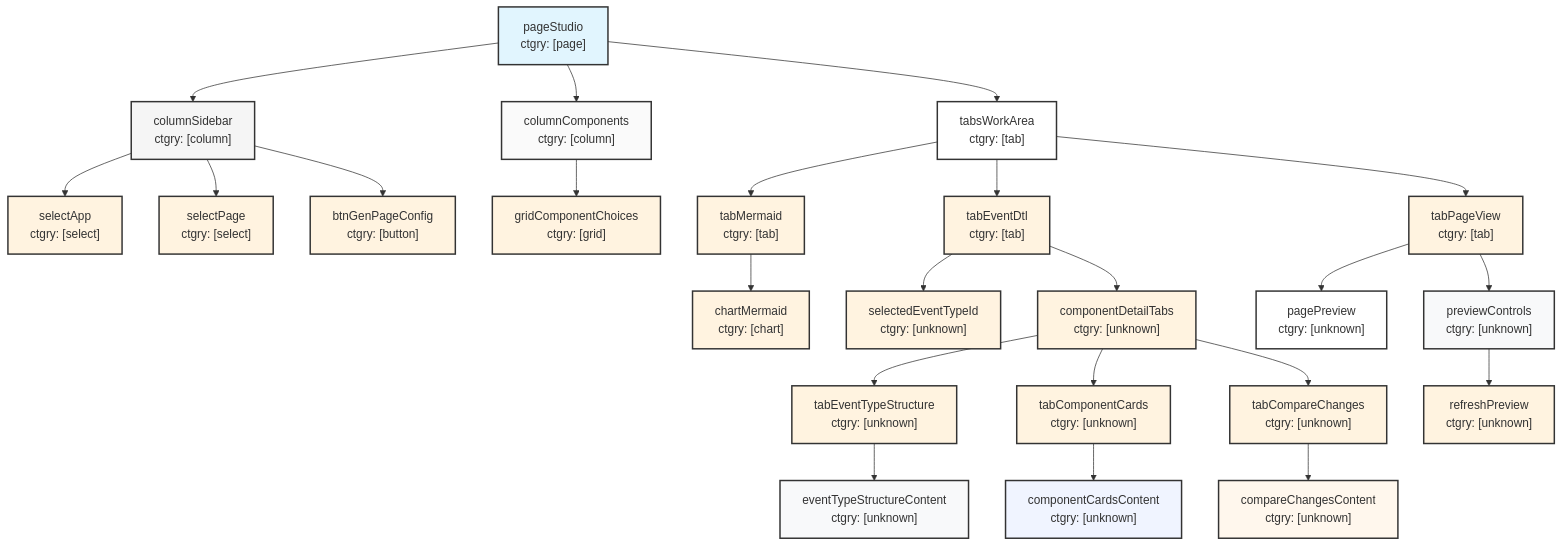
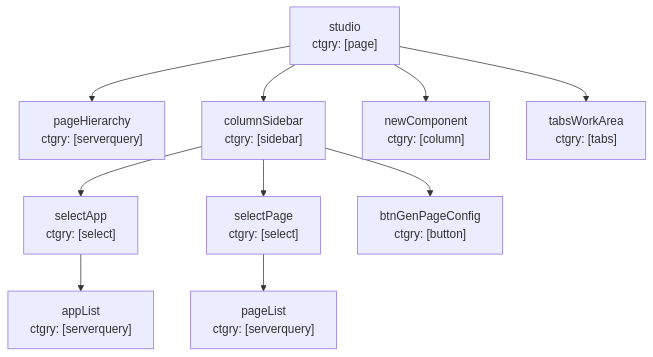
The diagram in apps/wf-studio/src/apps/studio/pages/Studio/pageMermaid.mmd (pchambless/wf-monorepo), drawn with Mermaid before and after one commit. The commit also changed 147 other files, not shown here.

```diff
--- a/apps/wf-studio/src/apps/studio/pages/Studio/pageMermaid.mmd
+++ b/apps/wf-studio/src/apps/studio/pages/Studio/pageMermaid.mmd
@@ -1,120 +1,33 @@
 graph TD
 
-    pageStudio["pageStudio
- ctgry: [page]"]
-    columnSidebar["columnSidebar
- ctgry: [column]"]
-    pageStudio --> columnSidebar
-    selectApp["selectApp
- ctgry: [select]"]
+    studio["studio<br/>ctgry: [page]"]
+    pageHierarchy["pageHierarchy<br/>ctgry: [serverquery]"]
+    studio --> pageHierarchy
+    columnSidebar["columnSidebar<br/>ctgry: [sidebar]"]
+    studio --> columnSidebar
+    newComponent["newComponent<br/>ctgry: [column]"]
+    studio --> newComponent
+    tabsWorkArea["tabsWorkArea<br/>ctgry: [tabs]"]
+    studio --> tabsWorkArea
+    selectApp["selectApp<br/>ctgry: [select]"]
     columnSidebar --> selectApp
-    selectPage["selectPage
- ctgry: [select]"]
+    selectPage["selectPage<br/>ctgry: [select]"]
     columnSidebar --> selectPage
-    btnGenPageConfig["btnGenPageConfig
- ctgry: [button]"]
+    btnGenPageConfig["btnGenPageConfig<br/>ctgry: [button]"]
     columnSidebar --> btnGenPageConfig
-    columnComponents["columnComponents
- ctgry: [column]"]
-    pageStudio --> columnComponents
-    gridComponentChoices["gridComponentChoices
- ctgry: [grid]"]
-    columnComponents --> gridComponentChoices
-    tabsWorkArea["tabsWorkArea
- ctgry: [tab]"]
-    pageStudio --> tabsWorkArea
-    tabMermaid["tabMermaid
- ctgry: [tab]"]
-    tabsWorkArea --> tabMermaid
-    chartMermaid["chartMermaid
- ctgry: [chart]"]
-    tabMermaid --> chartMermaid
-    tabEventDtl["tabEventDtl
- ctgry: [tab]"]
-    tabsWorkArea --> tabEventDtl
-    selectedEventTypeId["selectedEventTypeId
- ctgry: [unknown]"]
-    tabEventDtl --> selectedEventTypeId
-    componentDetailTabs["componentDetailTabs
- ctgry: [unknown]"]
-    tabEventDtl --> componentDetailTabs
-    tabEventTypeStructure["tabEventTypeStructure
- ctgry: [unknown]"]
-    componentDetailTabs --> tabEventTypeStructure
-    eventTypeStructureContent["eventTypeStructureContent
- ctgry: [unknown]"]
-    tabEventTypeStructure --> eventTypeStructureContent
-    tabComponentCards["tabComponentCards
- ctgry: [unknown]"]
-    componentDetailTabs --> tabComponentCards
-    componentCardsContent["componentCardsContent
- ctgry: [unknown]"]
-    tabComponentCards --> componentCardsContent
-    tabCompareChanges["tabCompareChanges
- ctgry: [unknown]"]
-    componentDetailTabs --> tabCompareChanges
-    compareChangesContent["compareChangesContent
- ctgry: [unknown]"]
-    tabCompareChanges --> compareChangesContent
-    tabPageView["tabPageView
- ctgry: [tab]"]
-    tabsWorkArea --> tabPageView
-    pagePreview["pagePreview
- ctgry: [unknown]"]
-    tabPageView --> pagePreview
-    previewControls["previewControls
- ctgry: [unknown]"]
-    tabPageView --> previewControls
-    refreshPreview["refreshPreview
- ctgry: [unknown]"]
-    previewControls --> refreshPreview
-
-    %% Individual component styling
-    style pageStudio fill:#e1f5fe,stroke:#333,stroke-width:2px;
-    style columnSidebar fill:#f5f5f5,stroke:#333,stroke-width:2px;
-    style selectApp fill:#fff3e0,stroke:#333,stroke-width:2px;
-    style selectPage fill:#fff3e0,stroke:#333,stroke-width:2px;
-    style btnGenPageConfig fill:#fff3e0,stroke:#333,stroke-width:2px;
-    style columnComponents fill:#fafafa,stroke:#333,stroke-width:2px;
-    style gridComponentChoices fill:#fff3e0,stroke:#333,stroke-width:2px;
-    style tabsWorkArea fill:#ffffff,stroke:#333,stroke-width:2px;
-    style tabMermaid fill:#fff3e0,stroke:#333,stroke-width:2px;
-    style chartMermaid fill:#fff3e0,stroke:#333,stroke-width:2px;
-    style tabEventDtl fill:#fff3e0,stroke:#333,stroke-width:2px;
-    style selectedEventTypeId fill:#fff3e0,stroke:#333,stroke-width:2px;
-    style componentDetailTabs fill:#fff3e0,stroke:#333,stroke-width:2px;
-    style tabEventTypeStructure fill:#fff3e0,stroke:#333,stroke-width:2px;
-    style eventTypeStructureContent fill:#f8f9fa,stroke:#333,stroke-width:2px;
-    style tabComponentCards fill:#fff3e0,stroke:#333,stroke-width:2px;
-    style componentCardsContent fill:#f0f4ff,stroke:#333,stroke-width:2px;
-    style tabCompareChanges fill:#fff3e0,stroke:#333,stroke-width:2px;
-    style compareChangesContent fill:#fff7ed,stroke:#333,stroke-width:2px;
-    style tabPageView fill:#fff3e0,stroke:#333,stroke-width:2px;
-    style pagePreview fill:#ffffff,stroke:#333,stroke-width:2px;
-    style previewControls fill:#f8f9fa,stroke:#333,stroke-width:2px;
-    style refreshPreview fill:#fff3e0,stroke:#333,stroke-width:2px;
+    appList["appList<br/>ctgry: [serverquery]"]
+    selectApp --> appList
+    pageList["pageList<br/>ctgry: [serverquery]"]
+    selectPage --> pageList
 
     %% Click handlers for Studio integration
-    click pageStudio href "javascript:window.selectEventTypeTab('pageStudio')"
-    click columnSidebar href "javascript:window.selectEventTypeTab('columnSidebar')"
-    click selectApp href "javascript:window.selectEventTypeTab('selectApp')"
-    click selectPage href "javascript:window.selectEventTypeTab('selectPage')"
-    click btnGenPageConfig href "javascript:window.selectEventTypeTab('btnGenPageConfig')"
-    click columnComponents href "javascript:window.selectEventTypeTab('columnComponents')"
-    click gridComponentChoices href "javascript:window.selectEventTypeTab('gridComponentChoices')"
-    click tabsWorkArea href "javascript:window.selectEventTypeTab('tabsWorkArea')"
-    click tabMermaid href "javascript:window.selectEventTypeTab('tabMermaid')"
-    click chartMermaid href "javascript:window.selectEventTypeTab('chartMermaid')"
-    click tabEventDtl href "javascript:window.selectEventTypeTab('tabEventDtl')"
-    click selectedEventTypeId href "javascript:window.selectEventTypeTab('selectedEventTypeId')"
-    click componentDetailTabs href "javascript:window.selectEventTypeTab('componentDetailTabs')"
-    click tabEventTypeStructure href "javascript:window.selectEventTypeTab('tabEventTypeStructure')"
-    click eventTypeStructureContent href "javascript:window.selectEventTypeTab('eventTypeStructureContent')"
-    click tabComponentCards href "javascript:window.selectEventTypeTab('tabComponentCards')"
-    click componentCardsContent href "javascript:window.selectEventTypeTab('componentCardsContent')"
-    click tabCompareChanges href "javascript:window.selectEventTypeTab('tabCompareChanges')"
-    click compareChangesContent href "javascript:window.selectEventTypeTab('compareChangesContent')"
-    click tabPageView href "javascript:window.selectEventTypeTab('tabPageView')"
-    click pagePreview href "javascript:window.selectEventTypeTab('pagePreview')"
-    click previewControls href "javascript:window.selectEventTypeTab('previewControls')"
-    click refreshPreview href "javascript:window.selectEventTypeTab('refreshPreview')"
+    click studio href "javascript:window.selectEventTypeTab(24)"
+    click pageHierarchy href "javascript:window.selectEventTypeTab(39)"
+    click columnSidebar href "javascript:window.selectEventTypeTab(31)"
+    click newComponent href "javascript:window.selectEventTypeTab(32)"
+    click tabsWorkArea href "javascript:window.selectEventTypeTab(33)"
+    click selectApp href "javascript:window.selectEventTypeTab(35)"
+    click selectPage href "javascript:window.selectEventTypeTab(36)"
+    click btnGenPageConfig href "javascript:window.selectEventTypeTab(37)"
+    click appList href "javascript:window.selectEventTypeTab(34)"
+    click pageList href "javascript:window.selectEventTypeTab(38)"
```
